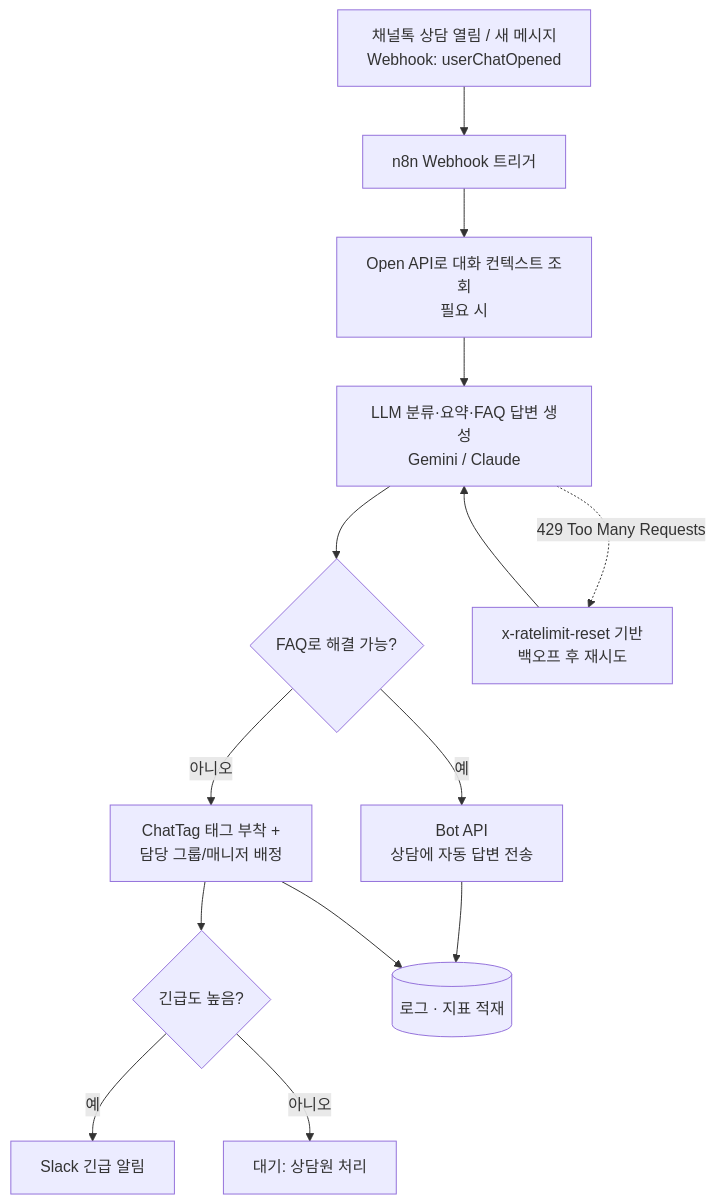
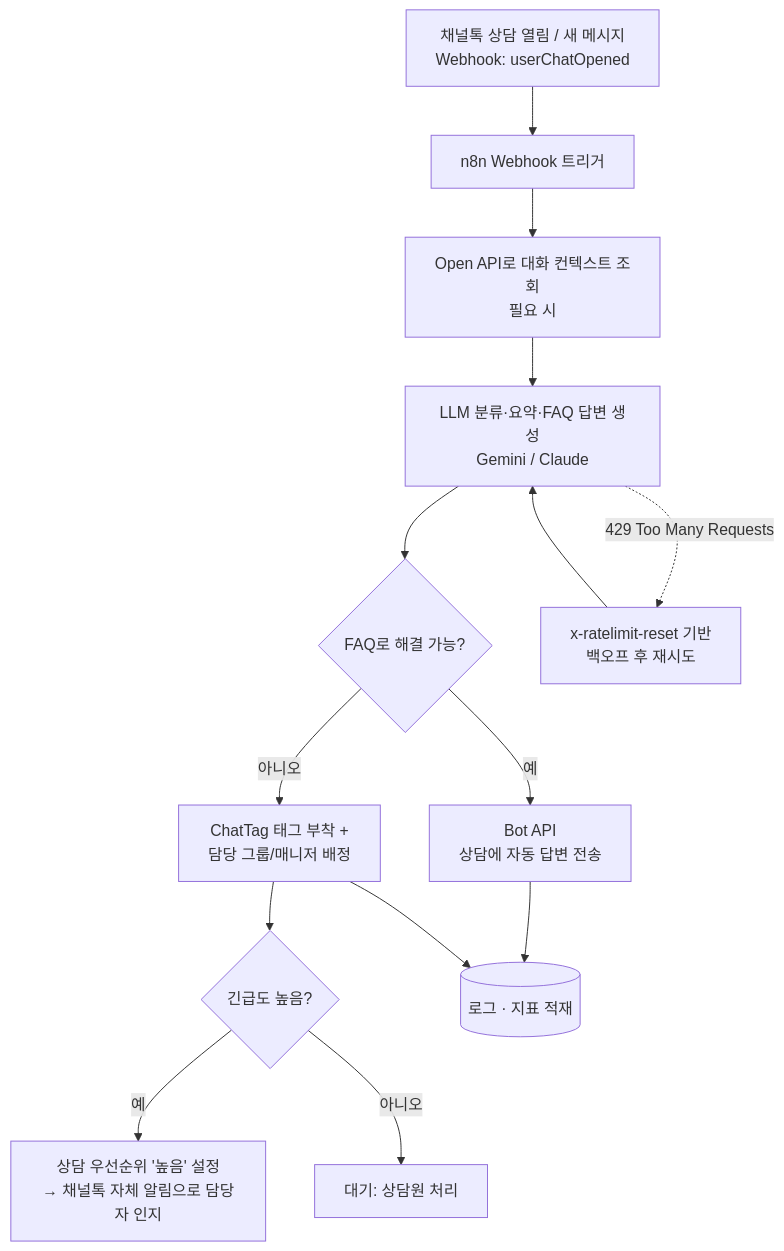
The diagram in workflows/02-channeltalk-inquiry-triage/README.md (00KANGJK/n8n-workflows), drawn with Mermaid before and after one commit. The commit also changed other lines of this file, not shown here.

````diff
--- a/workflows/02-channeltalk-inquiry-triage/README.md
+++ b/workflows/02-channeltalk-inquiry-triage/README.md
@@ -32,16 +34,16 @@
 ```mermaid
 flowchart TD
     A[채널톡 상담 열림 / 새 메시지<br/>Webhook: userChatOpened] --> B[n8n Webhook 트리거]
     B --> C[Open API로 대화 컨텍스트 조회<br/>필요 시]
     C --> D[LLM 분류·요약·FAQ 답변 생성<br/>Gemini / Claude]
     D --> E{FAQ로 해결 가능?}
     E -- 예 --> F[Bot API<br/>상담에 자동 답변 전송]
     E -- 아니오 --> G[ChatTag 태그 부착 +<br/>담당 그룹/매니저 배정]
     G --> H{긴급도 높음?}
-    H -- 예 --> I[Slack 긴급 알림]
+    H -- 예 --> I[상담 우선순위 '높음' 설정<br/>→ 채널톡 자체 알림으로 담당자 인지]
     H -- 아니오 --> J[대기: 상담원 처리]
     F --> K[(로그 · 지표 적재)]
     G --> K
     D -. 429 Too Many Requests .-> L[x-ratelimit-reset 기반<br/>백오프 후 재시도]
     L --> D
 ```
````
